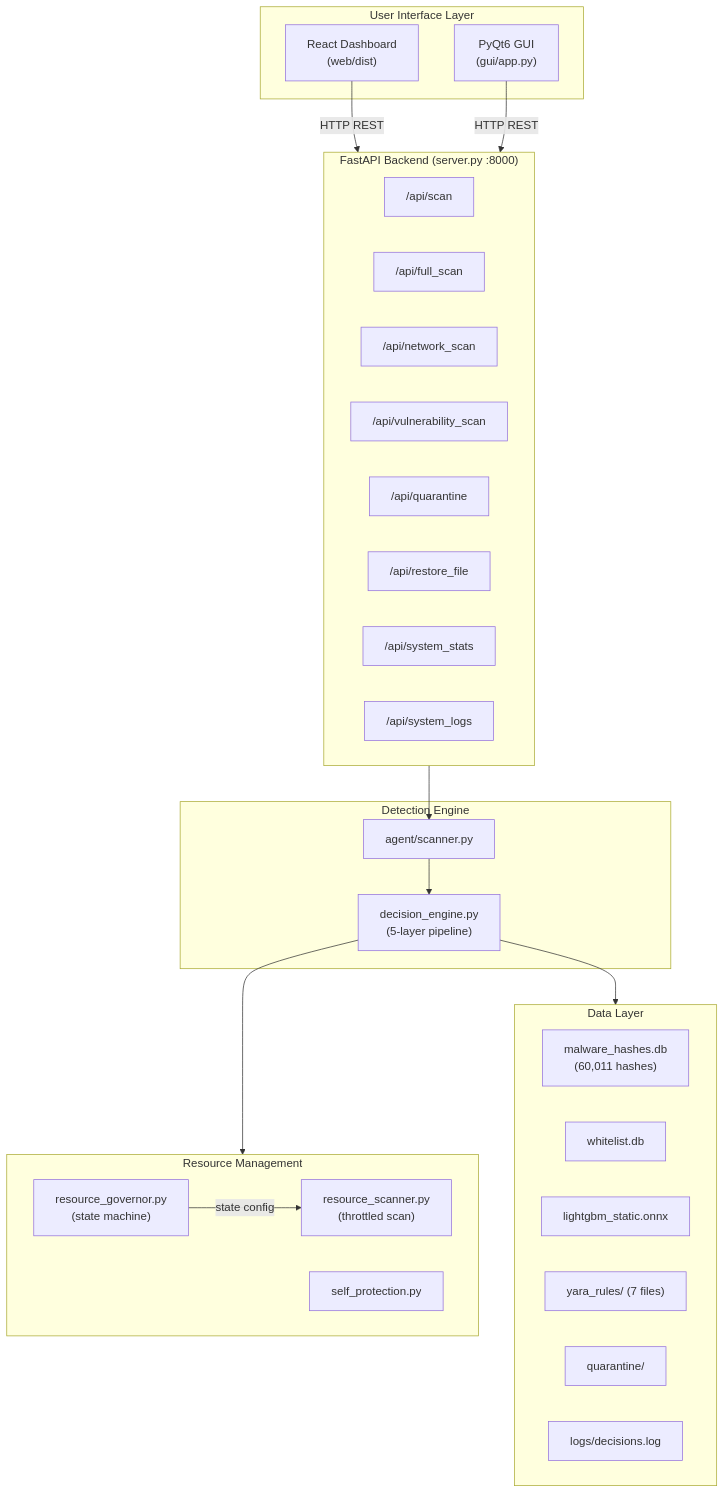
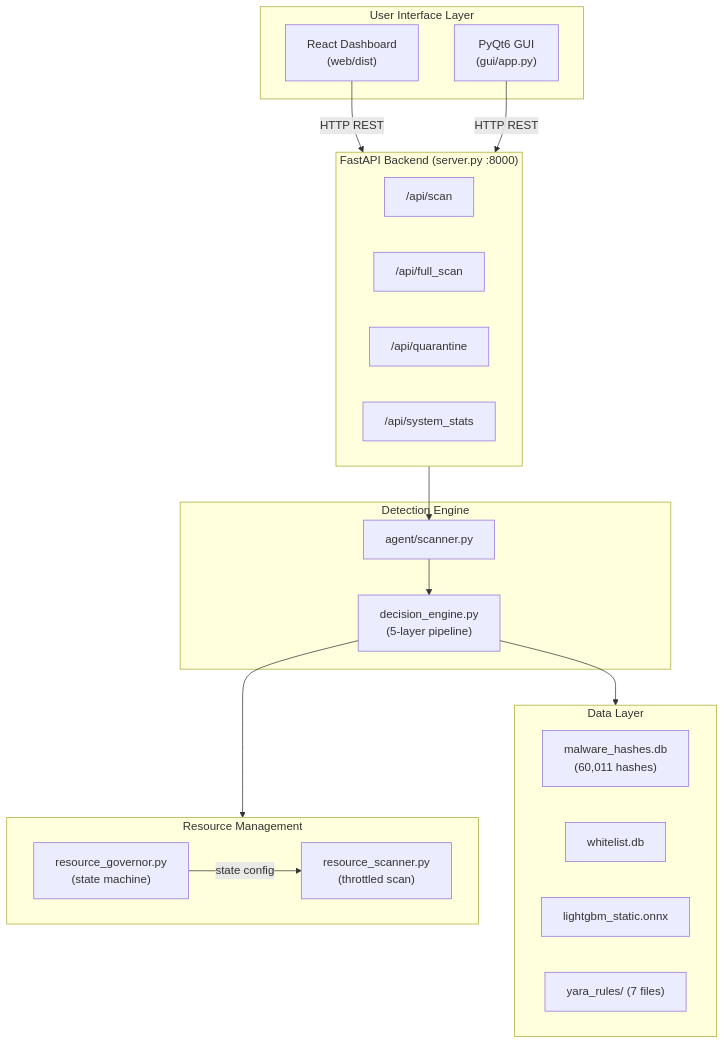
One commit to Nandhu669/LightAV changed the first of 3 diagrams in README.md. Above: the diagram before and after it, drawn with Mermaid. The commit also changed other lines of this file and 317 other files, not shown here.

````diff
--- a/README.md
+++ b/README.md
@@ -185,46 +224,39 @@
 ```mermaid
 graph TB
     subgraph UI["User Interface Layer"]
         REACT["React Dashboard<br/>(web/dist)"]
         PYQT["PyQt6 GUI<br/>(gui/app.py)"]
     end
 
     subgraph API["FastAPI Backend (server.py :8000)"]
         EP_SCAN["/api/scan"]
         EP_FULL["/api/full_scan"]
-        EP_NET["/api/network_scan"]
-        EP_VULN["/api/vulnerability_scan"]
         EP_QUAR["/api/quarantine"]
-        EP_RESTORE["/api/restore_file"]
         EP_STATS["/api/system_stats"]
-        EP_LOGS["/api/system_logs"]
     end
 
     subgraph ENGINE["Detection Engine"]
         SCANNER["agent/scanner.py"]
         DE["decision_engine.py<br/>(5-layer pipeline)"]
     end
 
     subgraph RESOURCE["Resource Management"]
         GOV["resource_governor.py<br/>(state machine)"]
         RSCAN["resource_scanner.py<br/>(throttled scan)"]
-        SELFP["self_protection.py"]
     end
 
     subgraph DATA["Data Layer"]
         HASHDB["malware_hashes.db<br/>(60,011 hashes)"]
         WLDB["whitelist.db"]
         ONNX["lightgbm_static.onnx"]
         YARA["yara_rules/ (7 files)"]
-        QDIR["quarantine/"]
-        LOGS["logs/decisions.log"]
     end
 
     REACT -->|HTTP REST| API
     PYQT -->|HTTP REST| API
     API --> SCANNER
     SCANNER --> DE
     DE --> RESOURCE
     GOV -->|state config| RSCAN
     DE --> DATA
 ```
````
